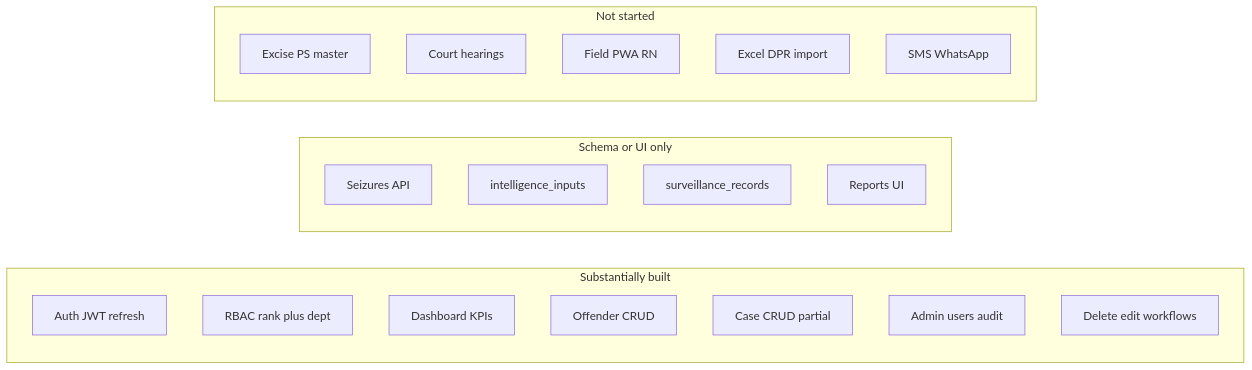
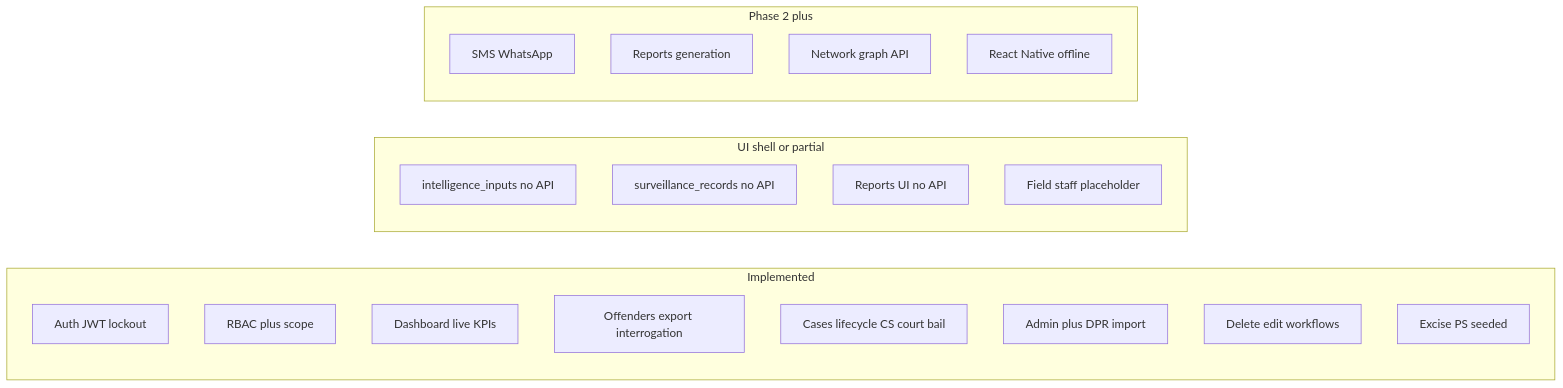
Before and after one commit to Indla26v/GarudaNDPS_TPT: the first of 4 diagrams in docs/NDPS_IMPLEMENTATION_ROADMAP.md, drawn with Mermaid. The commit also changed other lines of this file and 10 other files, not shown here.

First line of the commit message:
Scope dashboard queries and refine RBAC

````diff
--- a/docs/NDPS_IMPLEMENTATION_ROADMAP.md
+++ b/docs/NDPS_IMPLEMENTATION_ROADMAP.md
@@ -37,25 +38,25 @@
 ```mermaid
 flowchart LR
-  subgraph done [Substantially built]
-    Auth[Auth JWT refresh]
-    RBAC[RBAC rank plus dept]
-    Dash[Dashboard KPIs]
-    Off[Offender CRUD]
-    Case[Case CRUD partial]
-    Admin[Admin users audit]
+  subgraph done [Implemented]
+    Auth[Auth JWT lockout]
+    RBAC[RBAC plus scope]
+    Dash[Dashboard live KPIs]
+    Off[Offenders export interrogation]
+    Case[Cases lifecycle CS court bail]
+    Admin[Admin plus DPR import]
     WF[Delete edit workflows]
+    Excise[Excise PS seeded]
   end
-  subgraph partial [Schema or UI only]
-    Seiz[Seizures API]
-    Intel[intelligence_inputs]
-    Surv[surveillance_records]
-    Rep[Reports UI]
+  subgraph partial [UI shell or partial]
+    Intel[intelligence_inputs no API]
+    Surv[surveillance_records no API]
+    Rep[Reports UI no API]
+    Mobile[Field staff placeholder]
   end
-  subgraph missing [Not started]
-    Excise[Excise PS master]
-    Court[Court hearings]
-    Mobile[Field PWA RN]
-    Import[Excel DPR import]
+  subgraph missing [Phase 2 plus]
     Notify[SMS WhatsApp]
+    ReportsAPI[Reports generation]
+    NetGraph[Network graph API]
+    RN[React Native offline]
   end
 ```
````
